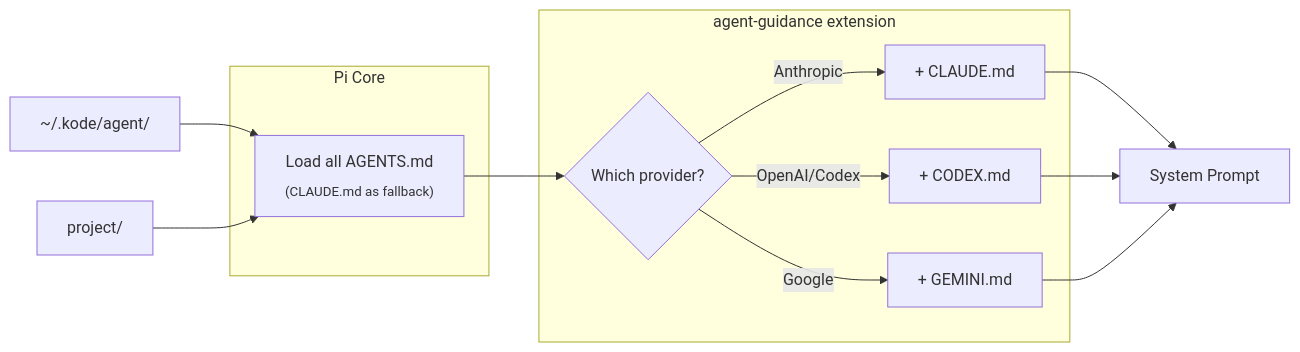
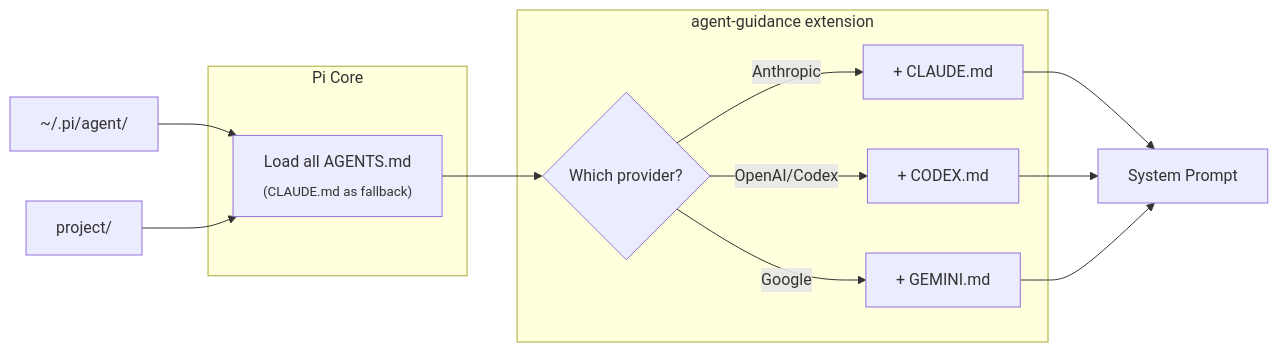
The diagram in tests/ext_conformance/artifacts/npm/pi-extensions/agent-guidance/README.md (koompi/koompi-kesa), drawn with Mermaid before and after one commit. The commit also changed other lines of this file and 189 other files, not shown here.

````diff
--- a/tests/ext_conformance/artifacts/npm/pi-extensions/agent-guidance/README.md
+++ b/tests/ext_conformance/artifacts/npm/pi-extensions/agent-guidance/README.md
@@ -7,20 +7,20 @@
 ```mermaid
 flowchart LR
-    S1["~/.kode/agent/"] --> B
+    S1["~/.pi/agent/"] --> B
     S2["project/"] --> B
     
     subgraph Core ["Pi Core"]
         B["Load all AGENTS.md<br/><sub>(CLAUDE.md as fallback)</sub>"]
     end
     
     subgraph Ext ["agent-guidance extension"]
         B --> C{Which provider?}
         C -->|Anthropic| D[+ CLAUDE.md]
         C -->|OpenAI/Codex| E[+ CODEX.md]
         C -->|Google| F[+ GEMINI.md]
     end
     
     D --> G[System Prompt]
     E --> G
     F --> G
 ```
````
